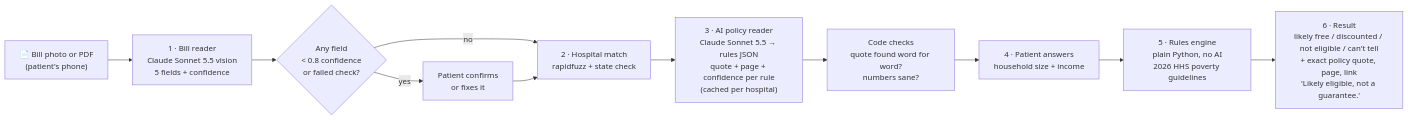
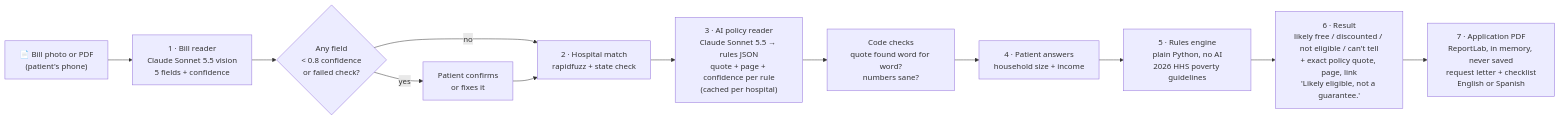
Before and after one commit to MarvinRidgeMT/BillBack: the diagram in docs/architecture.md, drawn with Mermaid. The commit also changed other lines of this file and 1 other file, not shown here.

Commit message:
docs: architecture step 7 (application PDF); launch configs for demo servers

````diff
--- a/docs/architecture.md
+++ b/docs/architecture.md
@@ -3,13 +3,14 @@
 ```mermaid
 flowchart LR
     A["📄 Bill photo or PDF<br/>(patient's phone)"] --> B["1 · Bill reader<br/>Claude Sonnet 5.5 vision<br/>5 fields + confidence"]
     B --> C{"Any field<br/>&lt; 0.8 confidence<br/>or failed check?"}
     C -- yes --> D["Patient confirms<br/>or fixes it"]
     C -- no --> E
     D --> E["2 · Hospital match<br/>rapidfuzz + state check"]
     E --> F["3 · AI policy reader<br/>Claude Sonnet 5.5 → rules JSON<br/>quote + page + confidence per rule<br/>(cached per hospital)"]
     F --> G["Code checks<br/>quote found word for word?<br/>numbers sane?"]
     G --> H["4 · Patient answers<br/>household size + income"]
     H --> I["5 · Rules engine<br/>plain Python, no AI<br/>2026 HHS poverty guidelines"]
     I --> J["6 · Result<br/>likely free / discounted / not eligible / can't tell<br/>+ exact policy quote, page, link<br/>'Likely eligible, not a guarantee.'"]
+    J --> K["7 · Application PDF<br/>ReportLab, in memory, never saved<br/>request letter + checklist<br/>English or Spanish"]
 ```
````
